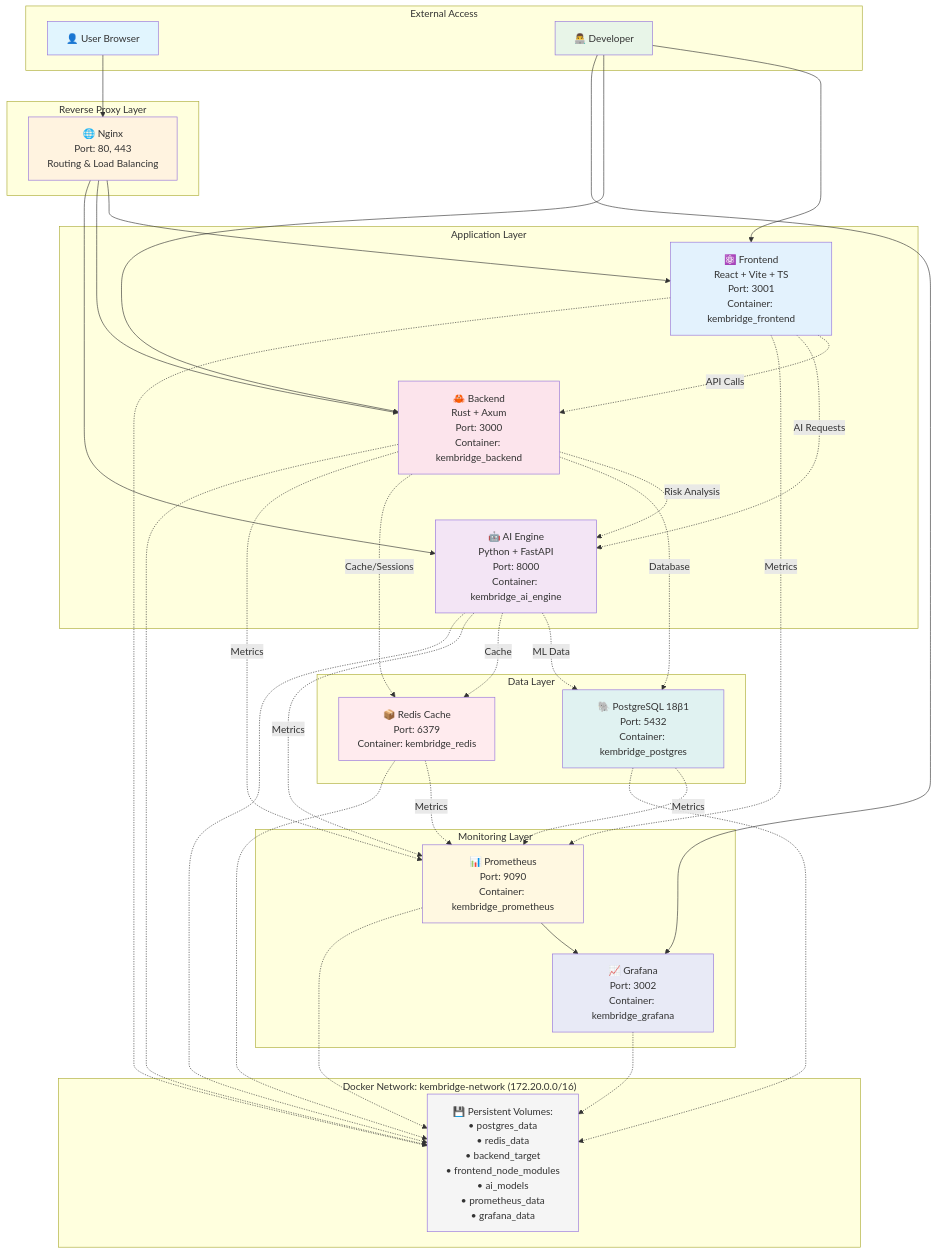
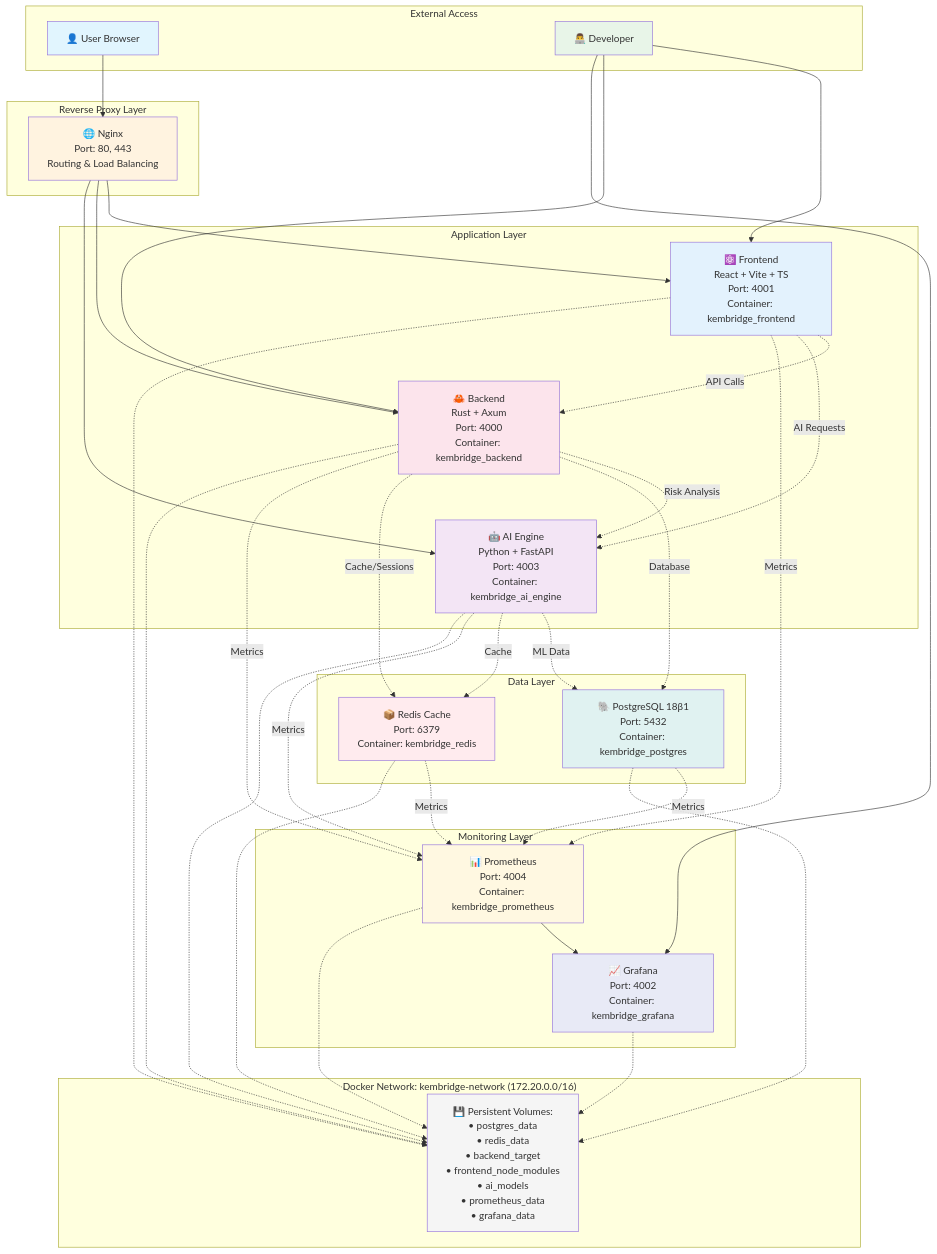
Before and after one commit to itechmeat/kembridge: the diagram in plans/1.1-project-setup-guide.md, drawn with Mermaid. The commit also changed other lines of this file and 19 other files, not shown here.

````diff
--- a/plans/1.1-project-setup-guide.md
+++ b/plans/1.1-project-setup-guide.md
@@ -198,80 +198,80 @@
 ```mermaid
 graph TB
     subgraph "External Access"
         USER[👤 User Browser]
         DEV[👨‍💻 Developer]
     end
 
     subgraph "Reverse Proxy Layer"
         NGINX[🌐 Nginx<br/>Port: 80, 443<br/>Routing & Load Balancing]
     end
 
     subgraph "Application Layer"
-        FRONTEND[⚛️ Frontend<br/>React + Vite + TS<br/>Port: 3001<br/>Container: kembridge_frontend]
-        BACKEND[🦀 Backend<br/>Rust + Axum<br/>Port: 3000<br/>Container: kembridge_backend]
-        AI[🤖 AI Engine<br/>Python + FastAPI<br/>Port: 8000<br/>Container: kembridge_ai_engine]
+        FRONTEND[⚛️ Frontend<br/>React + Vite + TS<br/>Port: 4001<br/>Container: kembridge_frontend]
+        BACKEND[🦀 Backend<br/>Rust + Axum<br/>Port: 4000<br/>Container: kembridge_backend]
+        AI[🤖 AI Engine<br/>Python + FastAPI<br/>Port: 4003<br/>Container: kembridge_ai_engine]
     end
 
     subgraph "Data Layer"
         POSTGRES[🐘 PostgreSQL 18β1<br/>Port: 5432<br/>Container: kembridge_postgres]
         REDIS[📦 Redis Cache<br/>Port: 6379<br/>Container: kembridge_redis]
     end
 
     subgraph "Monitoring Layer"
-        PROMETHEUS[📊 Prometheus<br/>Port: 9090<br/>Container: kembridge_prometheus]
-        GRAFANA[📈 Grafana<br/>Port: 3002<br/>Container: kembridge_grafana]
+        PROMETHEUS[📊 Prometheus<br/>Port: 4004<br/>Container: kembridge_prometheus]
+        GRAFANA[📈 Grafana<br/>Port: 4002<br/>Container: kembridge_grafana]
     end
 
     subgraph "Docker Network: kembridge-network (172.20.0.0/16)"
         VOLUMES[💾 Persistent Volumes:<br/>• postgres_data<br/>• redis_data<br/>• backend_target<br/>• frontend_node_modules<br/>• ai_models<br/>• prometheus_data<br/>• grafana_data]
     end
 
     %% External connections
     USER --> NGINX
     DEV --> FRONTEND
     DEV --> BACKEND
     DEV --> GRAFANA
 
     %% Nginx routing
     NGINX --> FRONTEND
     NGINX --> BACKEND
     NGINX --> AI
 
     %% Application interconnections
     FRONTEND -.->|API Calls| BACKEND
     FRONTEND -.->|AI Requests| AI
     BACKEND -.->|Risk Analysis| AI
     BACKEND -.->|Database| POSTGRES
     BACKEND -.->|Cache/Sessions| REDIS
     AI -.->|ML Data| POSTGRES
     AI -.->|Cache| REDIS
 
     %% Monitoring connections
     BACKEND -.->|Metrics| PROMETHEUS
     FRONTEND -.->|Metrics| PROMETHEUS
     AI -.->|Metrics| PROMETHEUS
     POSTGRES -.->|Metrics| PROMETHEUS
     REDIS -.->|Metrics| PROMETHEUS
     PROMETHEUS --> GRAFANA
 
     %% Volume connections
     POSTGRES -.-> VOLUMES
     REDIS -.-> VOLUMES
     BACKEND -.-> VOLUMES
     FRONTEND -.-> VOLUMES
     AI -.-> VOLUMES
     PROMETHEUS -.-> VOLUMES
     GRAFANA -.-> VOLUMES
 
     style USER fill:#e1f5fe
     style DEV fill:#e8f5e8
     style NGINX fill:#fff3e0
     style FRONTEND fill:#e3f2fd
     style BACKEND fill:#fce4ec
     style AI fill:#f3e5f5
     style POSTGRES fill:#e0f2f1
     style REDIS fill:#ffebee
     style PROMETHEUS fill:#fff8e1
     style GRAFANA fill:#e8eaf6
     style VOLUMES fill:#f5f5f5
 ```
````
